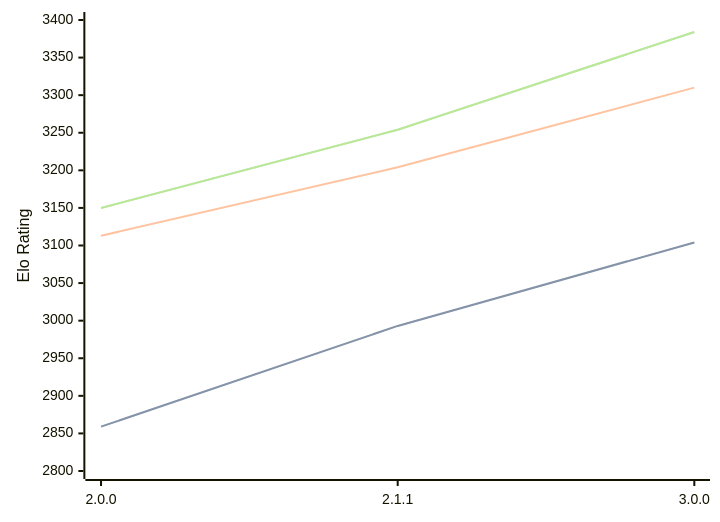
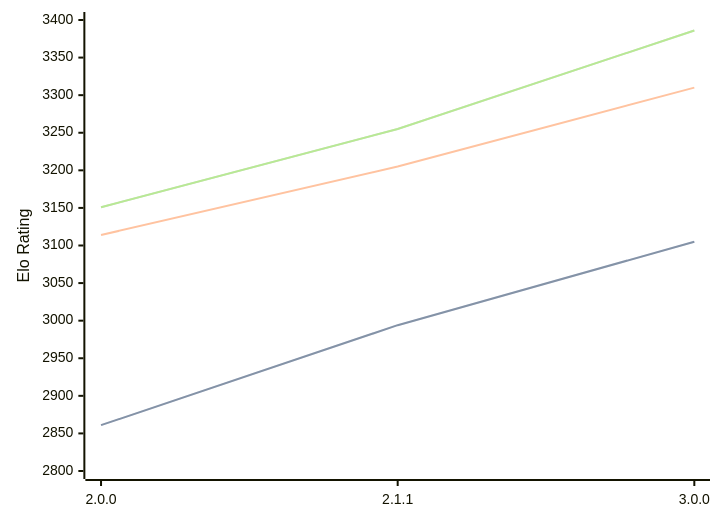
The diagram in engines/Bread.md (computer-chess-index/cci), drawn with Mermaid before and after one commit. The commit also changed other lines of this file, not shown here.

Commit message:
Update CCI Ratings (ELO VLTC) - 2026-08-26

````diff
--- a/engines/Bread.md
+++ b/engines/Bread.md
@@ -36,11 +36,11 @@
 ```mermaid
 %%{init: {"theme":"base","themeVariables":{"seriesColors:['#a3a3a3','#222221','#faa371']}}}%%
 xychart-beta
   x-axis ["2.0.0", "2.1.1", "3.0.0"]
   y-axis "Elo Rating" 2800 --> 3400
-  line "STC (8.0+0.08s)" [2859, 2993, 3104]
-  line "STC (8.0+0.08s)" [2859, 2993, 3104]
-  line "LTC (60.0+0.60s)" [3113, 3204, 3310]
-  line "VLTC (2m24s+1.12s)" [3150, 3254, 3384]
-  line "VLTC (2m24s+1.12s)" [3150, 3254, 3384]
+  line "STC (8.0+0.08s)" [2861, 2994, 3105]
+  line "STC (8.0+0.08s)" [2861, 2994, 3105]
+  line "LTC (60.0+0.60s)" [3114, 3205, 3310]
+  line "VLTC (2m24s+1.12s)" [3151, 3255, 3386]
+  line "VLTC (2m24s+1.12s)" [3151, 3255, 3386]
 ```
````
